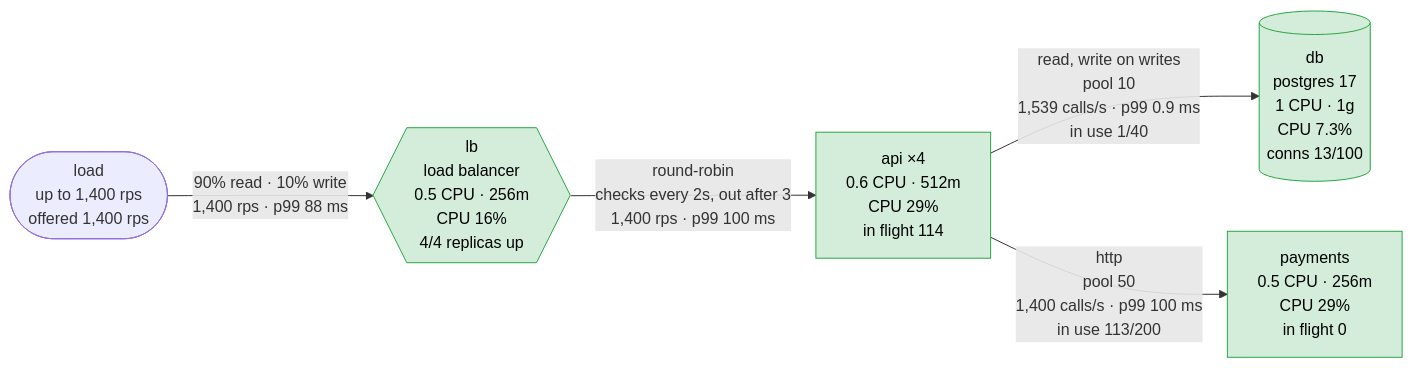
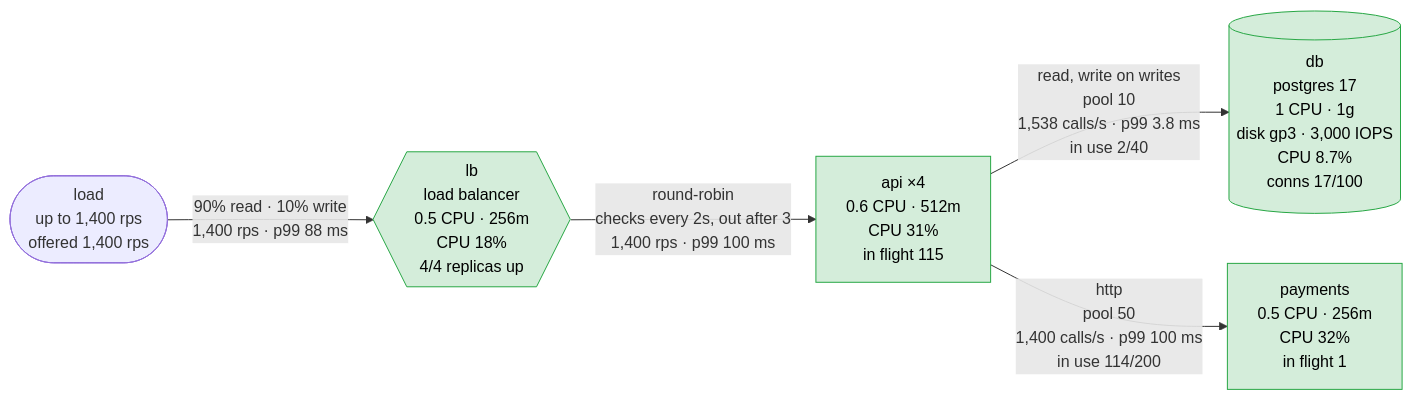
Before and after one commit to akinfemi/load-lore: the first of 5 diagrams in scenarios/connection-pool-trap/solutions/release-between-queries/report.md, drawn with Mermaid. The commit also changed other lines of this file and 125 other files, not shown here.

````diff
--- a/scenarios/connection-pool-trap/solutions/release-between-queries/report.md
+++ b/scenarios/connection-pool-trap/solutions/release-between-queries/report.md
@@ -15,16 +15,16 @@
 ```mermaid
 flowchart LR
     load(["load<br/>up to 1,400 rps<br/>offered 1,400 rps"])
-    lb{{"lb<br/>load balancer<br/>0.5 CPU · 256m<br/>CPU 16%<br/>4/4 replicas up"}}
-    api["api ×4<br/>0.6 CPU · 512m<br/>CPU 29%<br/>in flight 114"]
-    db[("db<br/>postgres 17<br/>1 CPU · 1g<br/>CPU 7.3%<br/>conns 13/100")]
-    payments["payments<br/>0.5 CPU · 256m<br/>CPU 29%<br/>in flight 0"]
+    lb{{"lb<br/>load balancer<br/>0.5 CPU · 256m<br/>CPU 18%<br/>4/4 replicas up"}}
+    api["api ×4<br/>0.6 CPU · 512m<br/>CPU 31%<br/>in flight 115"]
+    db[("db<br/>postgres 17<br/>1 CPU · 1g<br/>disk gp3 · 3,000 IOPS<br/>CPU 8.7%<br/>conns 17/100")]
+    payments["payments<br/>0.5 CPU · 256m<br/>CPU 32%<br/>in flight 1"]
     load -->|"90% read · 10% write<br/>1,400 rps · p99 88 ms"| lb
     lb -->|"round-robin<br/>checks every 2s, out after 3<br/>1,400 rps · p99 100 ms"| api
-    api -->|"read, write on writes<br/>pool 10<br/>1,539 calls/s · p99 0.9 ms<br/>in use 1/40"| db
-    api -->|"http<br/>pool 50<br/>1,400 calls/s · p99 100 ms<br/>in use 113/200"| payments
+    api -->|"read, write on writes<br/>pool 10<br/>1,538 calls/s · p99 3.8 ms<br/>in use 2/40"| db
+    api -->|"http<br/>pool 50<br/>1,400 calls/s · p99 100 ms<br/>in use 114/200"| payments
     classDef ok fill:#d4edda,stroke:#28a745,color:#000
     classDef warm fill:#fff3cd,stroke:#d39e00,color:#000
     classDef hot fill:#f8d7da,stroke:#dc3545,color:#000
     class lb,api,db,payments ok
 ```
````
